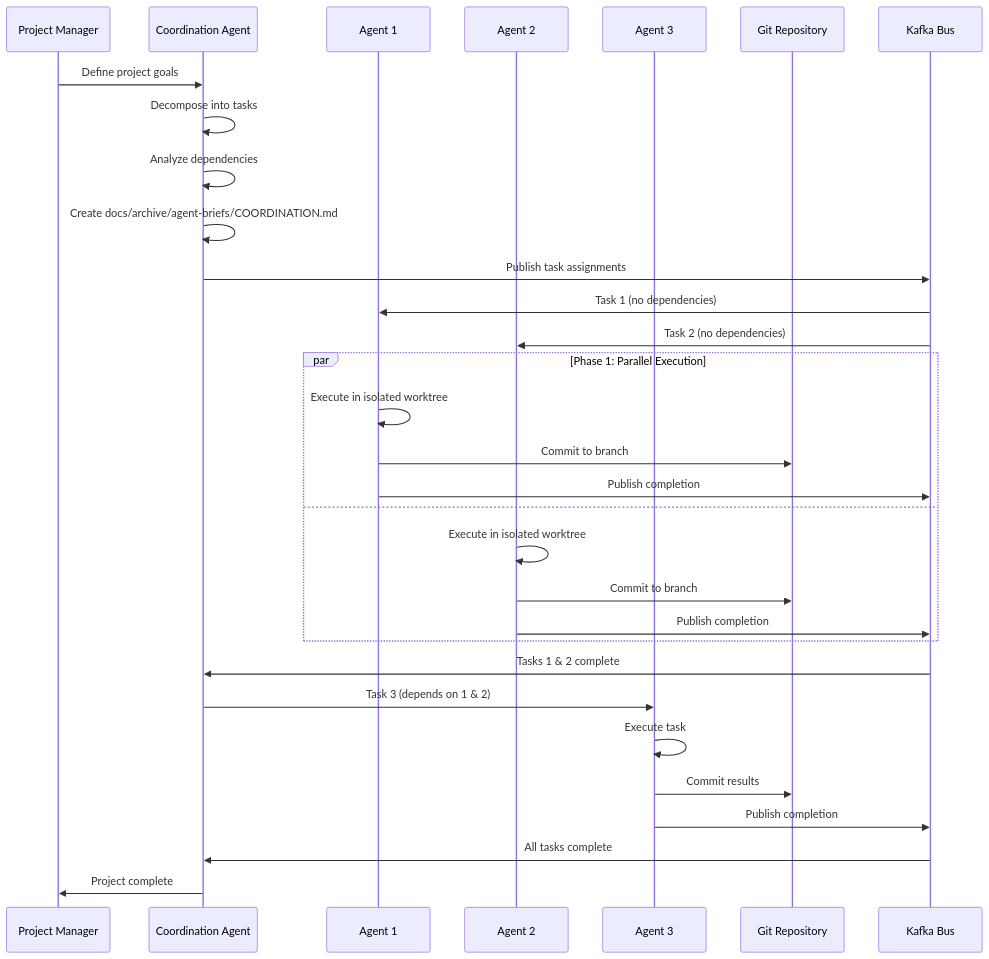
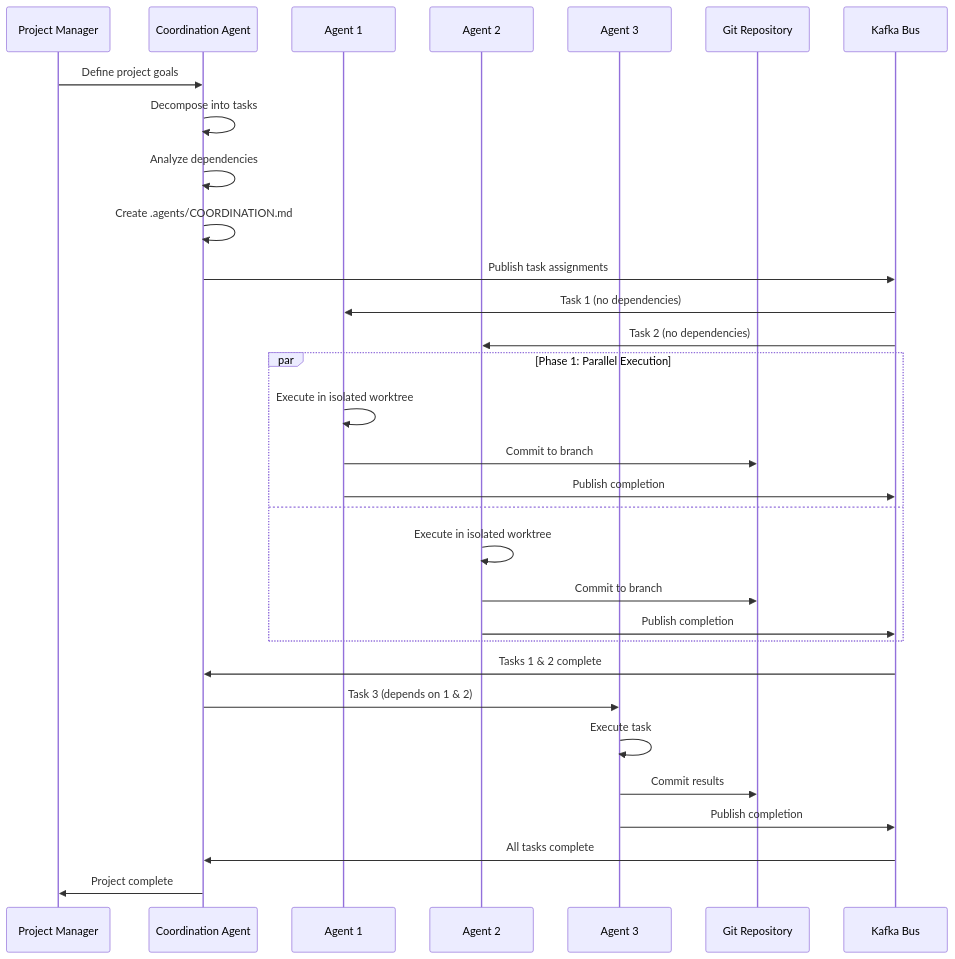
One commit to ryanmaclean/vibecode-webgui changed the fourth of 21 diagrams in docs/ARCHITECTURE_DIAGRAM.md. Above: the diagram before and after it, drawn with Mermaid. The commit also changed other lines of this file and 2 other files, not shown here.

First line of the commit message:
docs: mark the .agents/ framework historical instead of pointing it at the archive (WS10 2)

````diff
--- a/docs/ARCHITECTURE_DIAGRAM.md
+++ b/docs/ARCHITECTURE_DIAGRAM.md
@@ -199,38 +201,38 @@
 ```mermaid
 sequenceDiagram
     participant PM as Project Manager
     participant COORD as Coordination Agent
     participant A1 as Agent 1
     participant A2 as Agent 2
     participant A3 as Agent 3
     participant GIT as Git Repository
     participant KAFKA as Kafka Bus
 
     PM->>COORD: Define project goals
     COORD->>COORD: Decompose into tasks
     COORD->>COORD: Analyze dependencies
-    COORD->>COORD: Create docs/archive/agent-briefs/COORDINATION.md
+    COORD->>COORD: Create .agents/COORDINATION.md
 
     COORD->>KAFKA: Publish task assignments
     KAFKA->>A1: Task 1 (no dependencies)
     KAFKA->>A2: Task 2 (no dependencies)
 
     par Phase 1: Parallel Execution
         A1->>A1: Execute in isolated worktree
         A1->>GIT: Commit to branch
         A1->>KAFKA: Publish completion
         and
         A2->>A2: Execute in isolated worktree
         A2->>GIT: Commit to branch
         A2->>KAFKA: Publish completion
     end
 
     KAFKA->>COORD: Tasks 1 & 2 complete
     COORD->>A3: Task 3 (depends on 1 & 2)
     A3->>A3: Execute task
     A3->>GIT: Commit results
     A3->>KAFKA: Publish completion
 
     KAFKA->>COORD: All tasks complete
     COORD->>PM: Project complete
 ```
````
